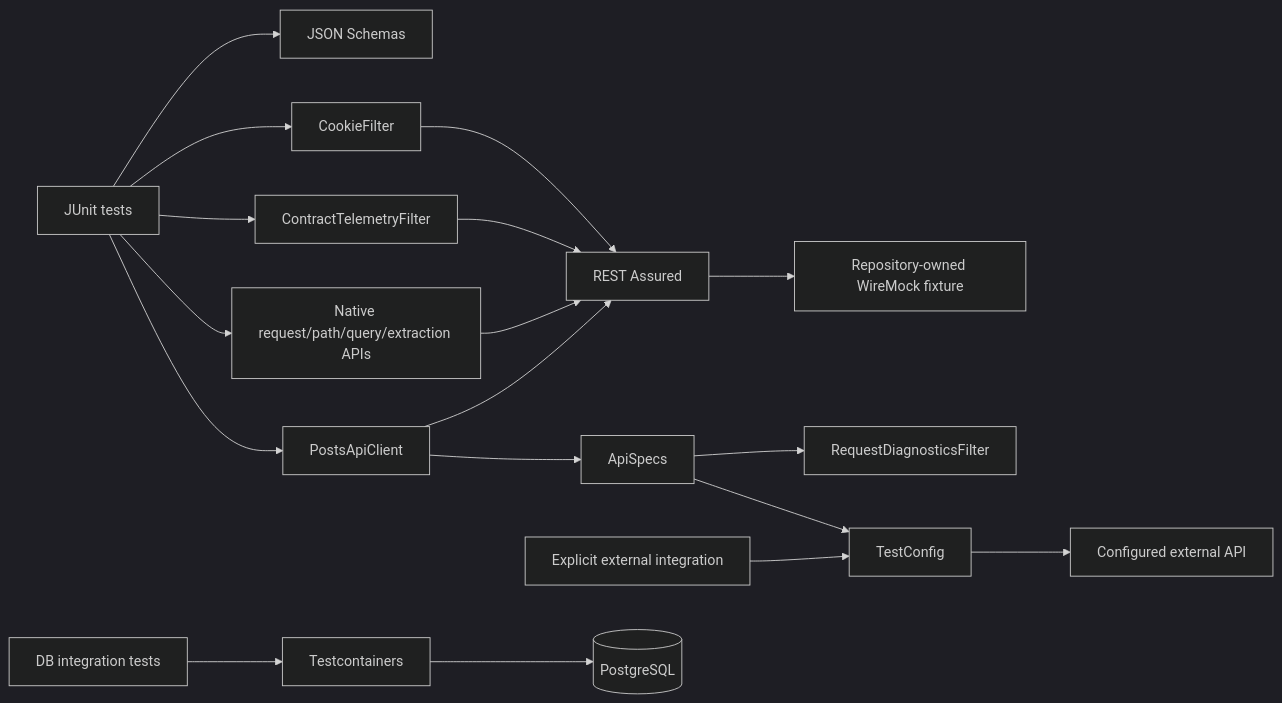
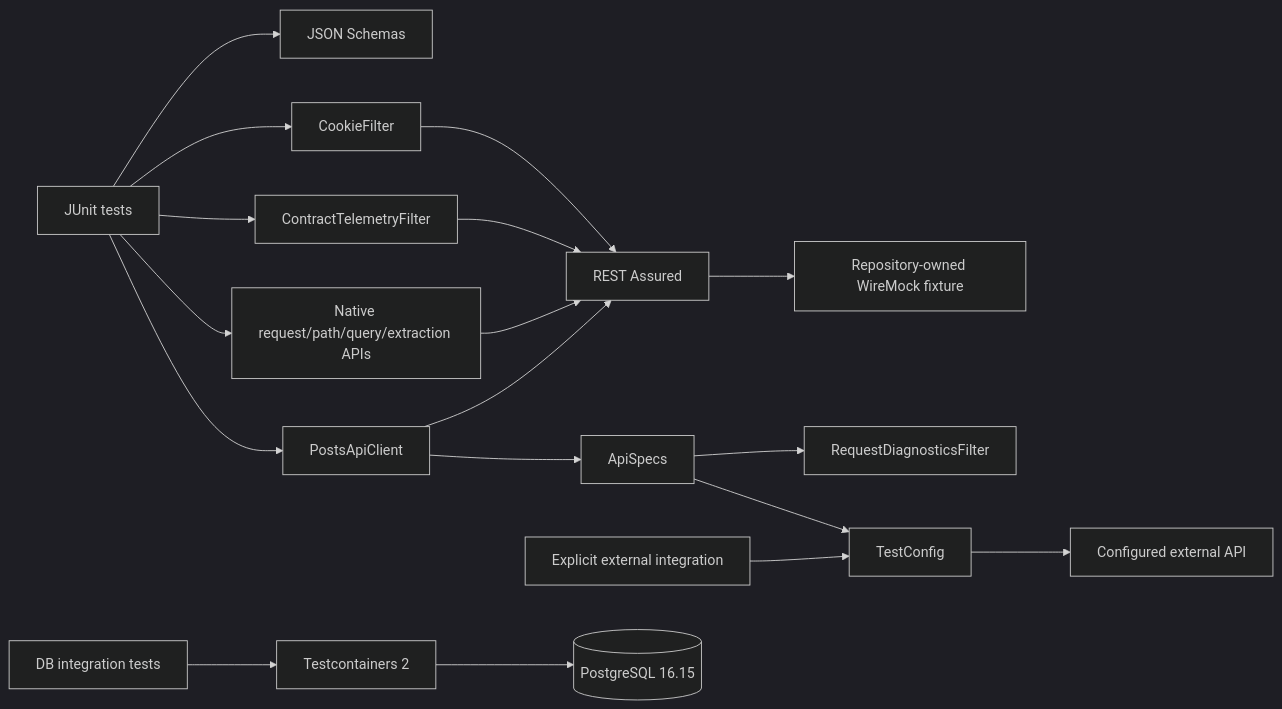
One commit to portyu9/qa-automation-java-restassured changed the diagram in docs/ARCHITECTURE.md. Above: the diagram before and after it, drawn with Mermaid (dark theme). The commit also changed other lines of this file, not shown here.

````diff
--- a/docs/ARCHITECTURE.md
+++ b/docs/ARCHITECTURE.md
@@ -7,20 +7,20 @@
 ```mermaid
 flowchart LR
     T[JUnit tests] --> C[PostsApiClient]
     T --> NATIVE[Native request/path/query/extraction APIs]
     C --> SPEC[ApiSpecs]
     SPEC --> CFG[TestConfig]
     SPEC --> F[RequestDiagnosticsFilter]
     T --> TEL[ContractTelemetryFilter]
     T --> COOKIE[CookieFilter]
     C --> RA[REST Assured]
     NATIVE --> RA
     TEL --> RA
     COOKIE --> RA
     RA --> WM[Repository-owned WireMock fixture]
     EXT[Explicit external integration] --> CFG
     CFG --> API[Configured external API]
     T --> S[JSON Schemas]
-    DB[DB integration tests] --> TC[Testcontainers]
-    TC --> PG[(PostgreSQL)]
+    DB[DB integration tests] --> TC[Testcontainers 2]
+    TC --> PG[(PostgreSQL 16.15)]
 ```
````
